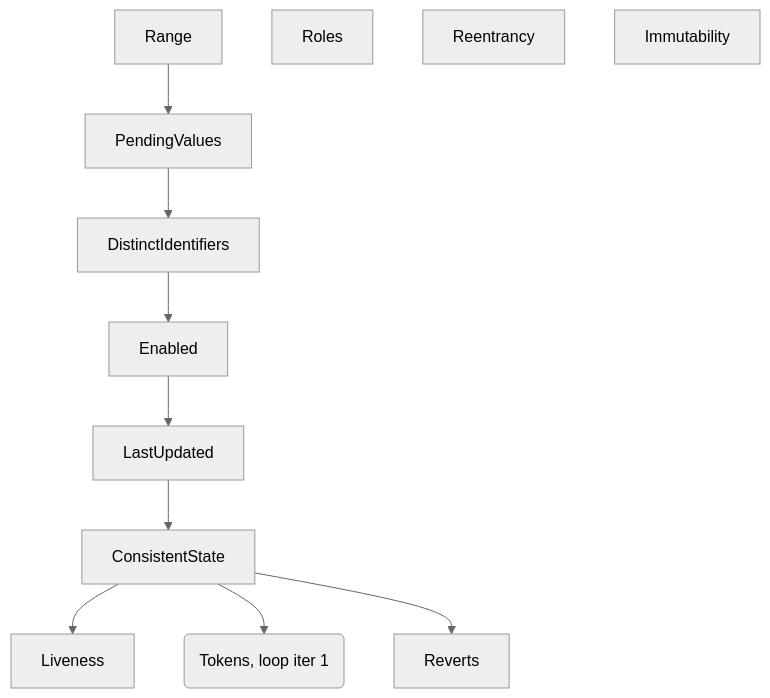
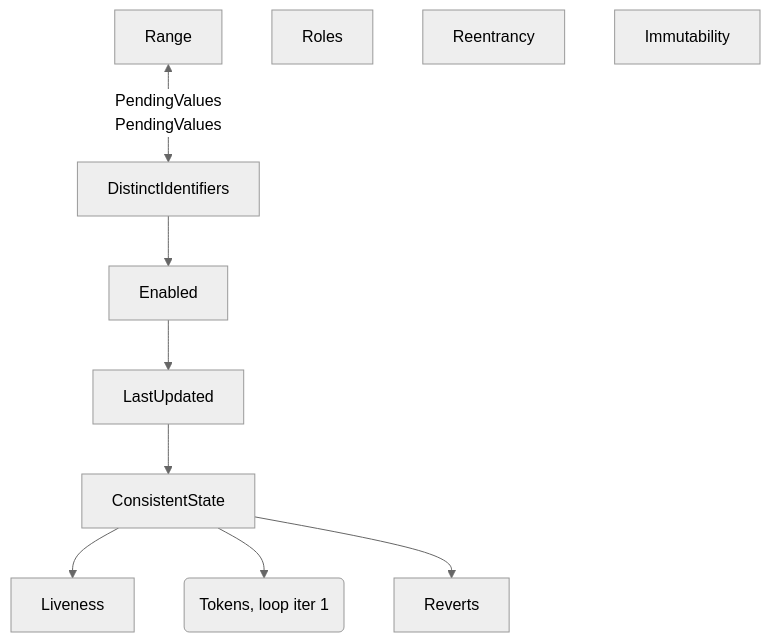
Before and after one commit to QGarchery/test-github: the diagram in README.md, drawn with Mermaid (neutral theme).

````diff
--- a/README.md
+++ b/README.md
@@ -1,14 +1,14 @@
 ```mermaid
 graph
-Range --> PendingValues
+Range <-- PendingValues
 PendingValues --> DistinctIdentifiers
 DistinctIdentifiers --> Enabled
 Enabled --> LastUpdated
 LastUpdated --> ConsistentState
 ConsistentState --> Liveness
 ConsistentState --> Tokens(Tokens, loop iter 1)
 ConsistentState --> Reverts
 Roles
 Reentrancy
 Immutability
 ```
````
